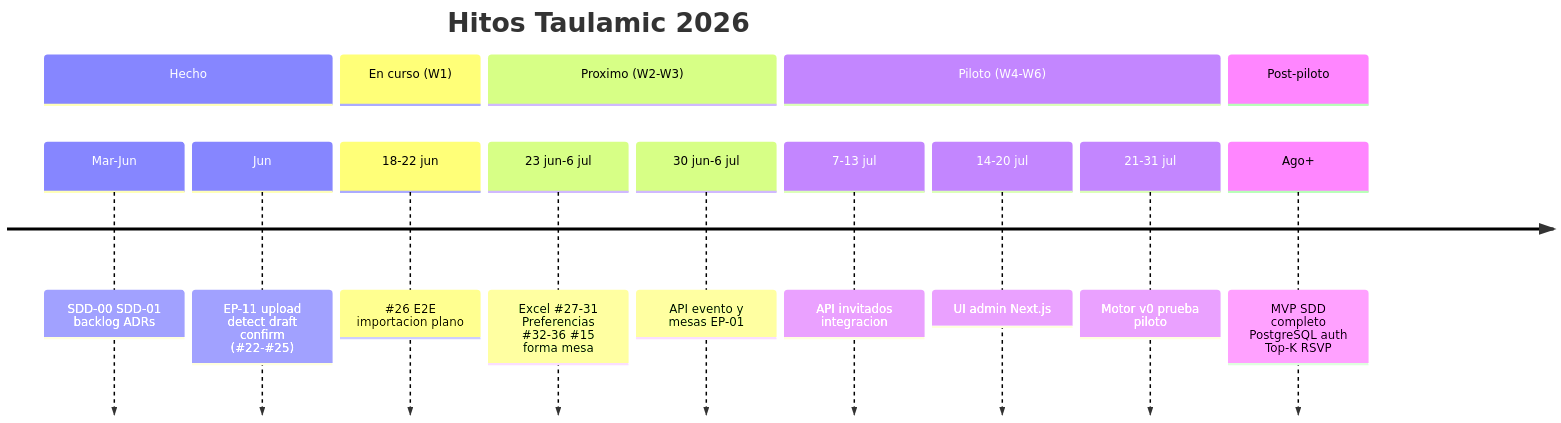
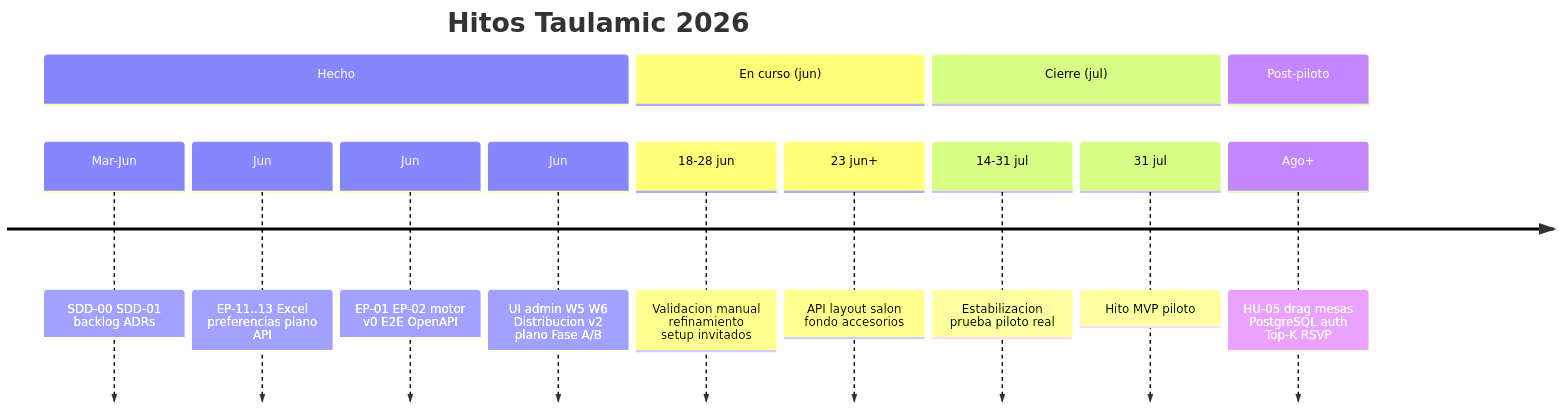
The second of 3 diagrams in docs/agile/roadmap-mvp-julio.md (quintasc/taulamic), drawn with Mermaid before and after one commit. The commit also changed other lines of this file, not shown here.

Commit message:
docs(agile): actualizar Gantt MVP julio al estado 21 jun 2026

````diff
--- a/docs/agile/roadmap-mvp-julio.md
+++ b/docs/agile/roadmap-mvp-julio.md
@@ -77,18 +85,17 @@
 ```mermaid
 timeline
     title Hitos Taulamic 2026
     section Hecho
         Mar-Jun : SDD-00 SDD-01 backlog ADRs
-        Jun : EP-11 upload detect draft confirm (#22-#25)
-    section En curso (W1)
-        18-22 jun : #26 E2E importacion plano
-    section Proximo (W2-W3)
-        23 jun-6 jul : Excel #27-31 Preferencias #32-36 #15 forma mesa
-        30 jun-6 jul : API evento y mesas EP-01
-    section Piloto (W4-W6)
-        7-13 jul : API invitados integracion
-        14-20 jul : UI admin Next.js
-        21-31 jul : Motor v0 prueba piloto
+        Jun : EP-11..13 Excel preferencias plano API
+        Jun : EP-01 EP-02 motor v0 E2E OpenAPI
+        Jun : UI admin W5 W6 Distribucion v2 plano Fase A/B
+    section En curso (jun)
+        18-28 jun : Validacion manual refinamiento setup invitados
+        23 jun+ : API layout salon fondo accesorios
+    section Cierre (jul)
+        14-31 jul : Estabilizacion prueba piloto real
+        31 jul : Hito MVP piloto
     section Post-piloto
-        Ago+ : MVP SDD completo PostgreSQL auth Top-K RSVP
+        Ago+ : HU-05 drag mesas PostgreSQL auth Top-K RSVP
 ```
````
